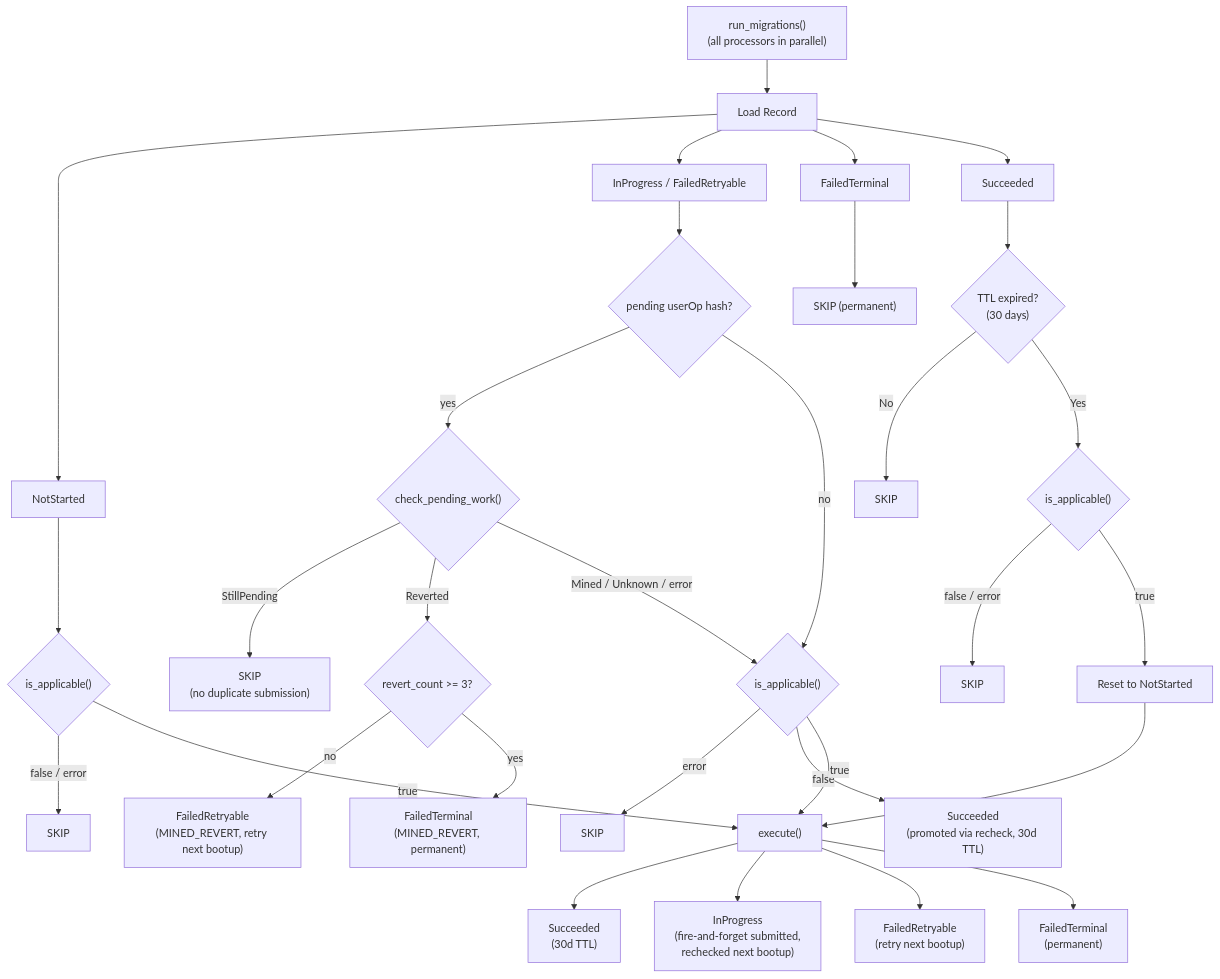
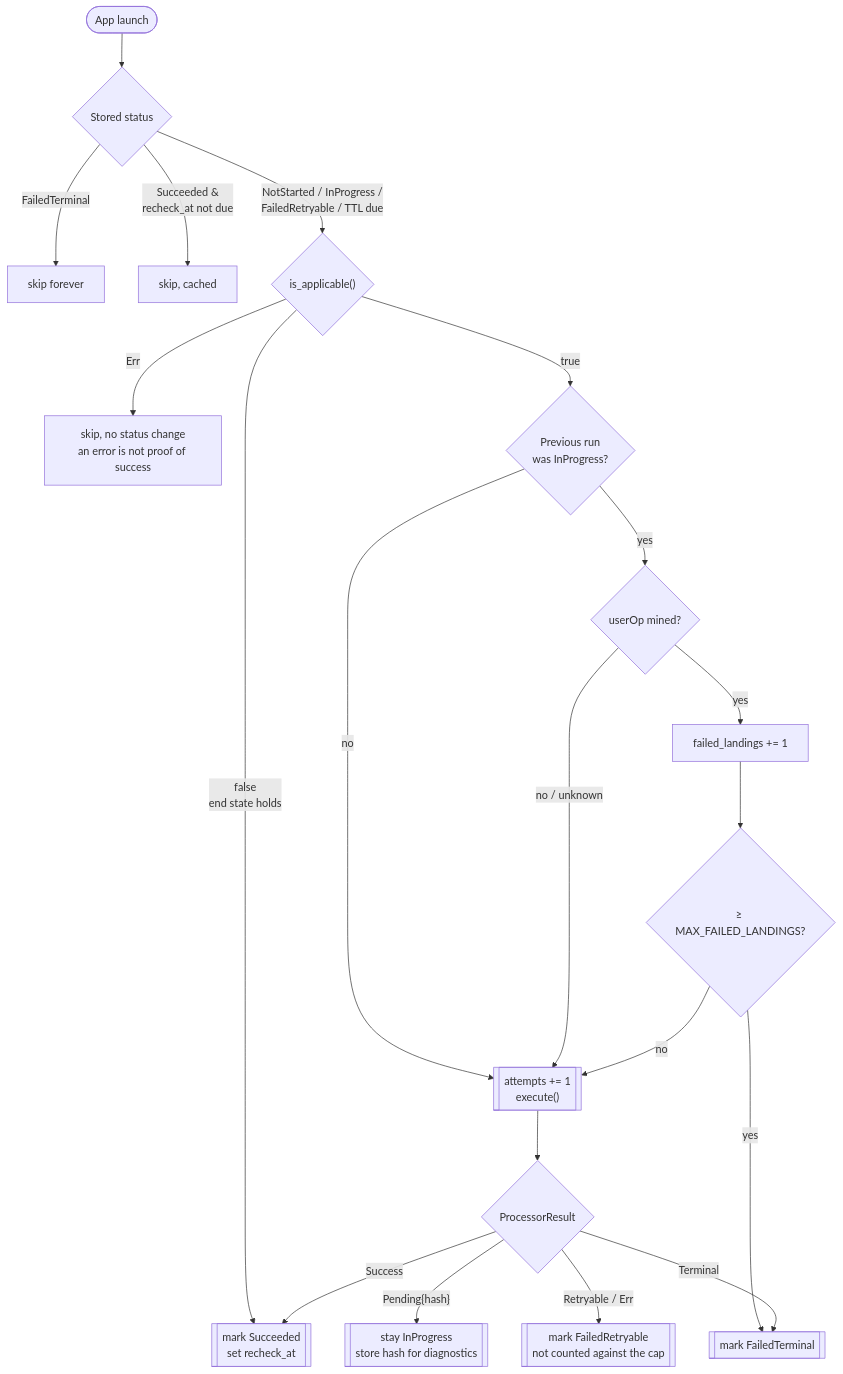
One commit to worldcoin/bedrock changed the diagram in bedrock/src/migration/README.md. Above: the diagram before and after it, drawn with Mermaid. The commit also changed other lines of this file and 9 other files, not shown here.

````diff
--- a/bedrock/src/migration/README.md
+++ b/bedrock/src/migration/README.md
@@ -54,38 +31,27 @@
 ```mermaid
 flowchart TD
-    Start["run_migrations()<br/>(all processors in parallel)"] --> Load["Load Record"]
+    Start([App launch]) --> Gate{Stored status}
 
-    Load --> NotStarted
-    Load --> InProgressRetryable["InProgress / FailedRetryable"]
-    Load --> FailedTerminal
-    Load --> Succeeded
+    Gate -- FailedTerminal --> SkipT[skip forever]
+    Gate -- "Succeeded &<br/>recheck_at not due" --> SkipC[skip, cached]
+    Gate -- "NotStarted / InProgress /<br/>FailedRetryable / TTL due" --> Applicable{"is_applicable()"}
 
-    FailedTerminal --> SkipTerminal["SKIP (permanent)"]
+    Applicable -- Err --> SkipE[skip, no status change<br/>an error is not proof of success]
+    Applicable -- "false<br/>end state holds" --> Done[["mark Succeeded<br/>set recheck_at"]]
+    Applicable -- true --> WasPending{Previous run<br/>was InProgress?}
 
-    Succeeded --> TTLCheck{"TTL expired?<br/>(30 days)"}
-    TTLCheck -- No --> SkipTTL["SKIP"]
-    TTLCheck -- Yes --> TTLApplicable{"is_applicable()"}
-    TTLApplicable -- "false / error" --> SkipTTLFalse["SKIP"]
-    TTLApplicable -- true --> ResetRecord["Reset to NotStarted"] --> Execute
+    WasPending -- no --> Exec
+    WasPending -- yes --> Receipt{"userOp mined?"}
 
-    InProgressRetryable --> HasPending{"pending userOp hash?"}
-    HasPending -- yes --> CheckPending{"check_pending_work()"}
-    CheckPending -- StillPending --> SkipStillPending["SKIP<br/>(no duplicate submission)"]
-    CheckPending -- Reverted --> RevertCount{"revert_count >= 3?"}
-    RevertCount -- no --> RevertRetryable["FailedRetryable<br/>(MINED_REVERT, retry next bootup)"]
-    RevertCount -- yes --> RevertTerminal["FailedTerminal<br/>(MINED_REVERT, permanent)"]
-    CheckPending -- "Mined / Unknown / error" --> ApplicableIP
-    HasPending -- no --> ApplicableIP{"is_applicable()"}
-    ApplicableIP -- error --> SkipIPErr["SKIP"]
-    ApplicableIP -- "false" --> Promote["Succeeded<br/>(promoted via recheck, 30d TTL)"]
-    ApplicableIP -- true --> Execute
+    Receipt -- "no / unknown" --> Exec[["attempts += 1<br/>execute()"]]
+    Receipt -- yes --> Count[failed_landings += 1]
+    Count --> Cap{"&ge; MAX_FAILED_LANDINGS?"}
+    Cap -- yes --> Terminal[["mark FailedTerminal"]]
+    Cap -- no --> Exec
 
-    NotStarted --> Applicable{"is_applicable()"}
-    Applicable -- "false / error" --> SkipNA["SKIP"]
-    Applicable -- true --> Execute
-
-    Execute["execute()"] --> Success["Succeeded<br/>(30d TTL)"]
-    Execute --> Pending["InProgress<br/>(fire-and-forget submitted,<br/>rechecked next bootup)"]
-    Execute --> Retryable["FailedRetryable<br/>(retry next bootup)"]
-    Execute --> Terminal["FailedTerminal<br/>(permanent)"]
+    Exec --> Result{ProcessorResult}
+    Result -- Success --> Done
+    Result -- "Pending{hash}" --> InProg[["stay InProgress<br/>store hash for diagnostics"]]
+    Result -- Retryable / Err --> Retry[["mark FailedRetryable<br/>not counted against the cap"]]
+    Result -- Terminal --> Terminal
 ```
````
